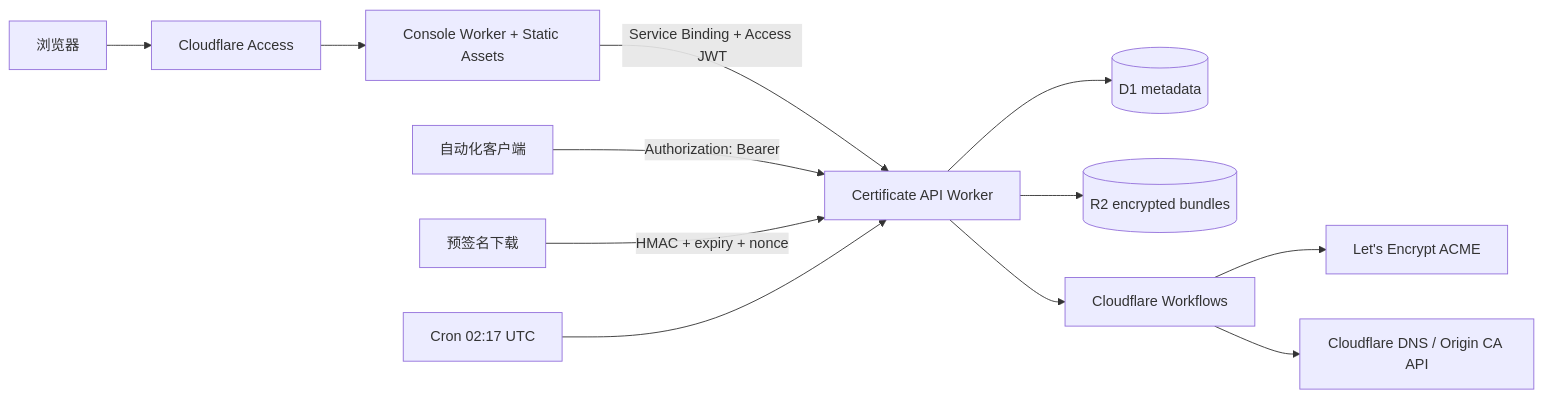
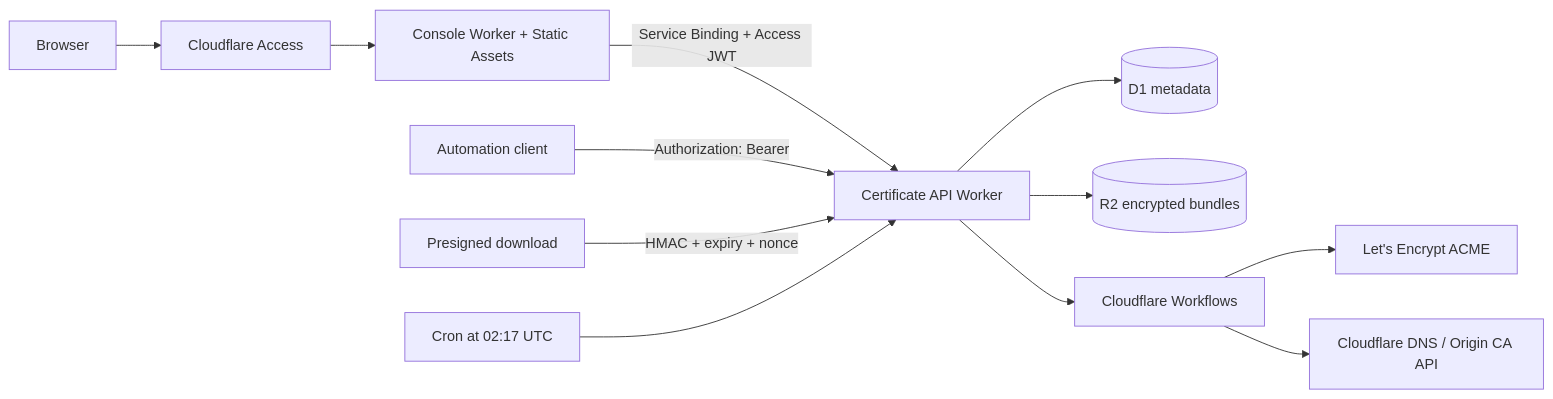
Before and after one commit to HSwift/certbot-serverless: the diagram in README.md, drawn with Mermaid. The commit also changed other lines of this file and 2 other files, not shown here.

````diff
--- a/README.md
+++ b/README.md
@@ -12,16 +14,16 @@
 ```mermaid
 flowchart LR
-  User[浏览器] --> Access[Cloudflare Access]
+  User[Browser] --> Access[Cloudflare Access]
   Access --> Console[Console Worker + Static Assets]
   Console -->|Service Binding + Access JWT| Worker[Certificate API Worker]
 
-  Client[自动化客户端] -->|Authorization: Bearer| Worker
-  Download[预签名下载] -->|HMAC + expiry + nonce| Worker
+  Client[Automation client] -->|Authorization: Bearer| Worker
+  Download[Presigned download] -->|HMAC + expiry + nonce| Worker
 
   Worker --> D1[(D1 metadata)]
   Worker --> R2[(R2 encrypted bundles)]
   Worker --> Workflow[Cloudflare Workflows]
-  Cron[Cron 02:17 UTC] --> Worker
+  Cron[Cron at 02:17 UTC] --> Worker
   Workflow --> LE[Let's Encrypt ACME]
   Workflow --> CFAPI[Cloudflare DNS / Origin CA API]
 ```
````
